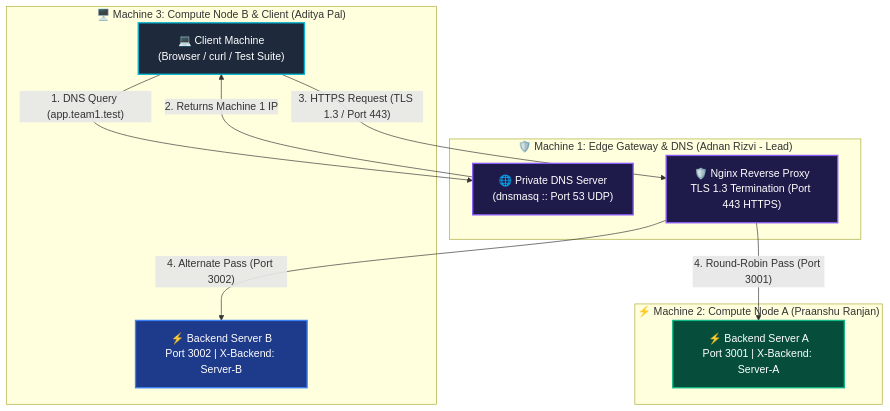
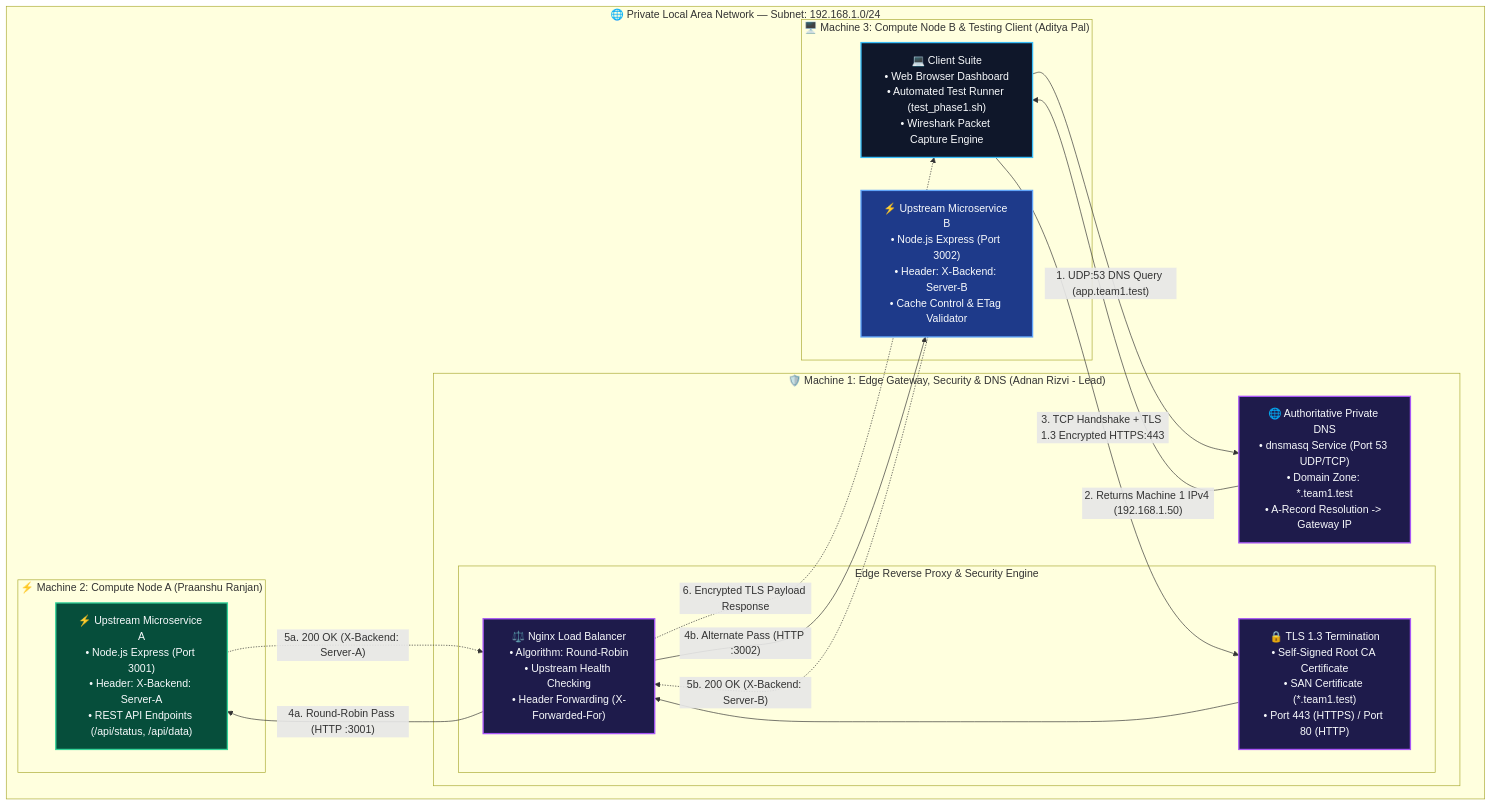
One commit to adnan275/CloudPulse changed the first of 2 diagrams in README.md. Above: the diagram before and after it, drawn with Mermaid.

Commit message:
docs: enrich and expand Network Architecture Topology diagram with subnets and component details

````diff
--- a/README.md
+++ b/README.md
@@ -15,27 +15,41 @@
 ```mermaid
 flowchart TD
-    classDef client fill:#1e293b,stroke:#06b6d4,stroke-width:2px,color:#fff
-    classDef gateway fill:#1e1b4b,stroke:#8b5cf6,stroke-width:2px,color:#fff
-    classDef backend1 fill:#064e3b,stroke:#10b981,stroke-width:2px,color:#fff
-    classDef backend2 fill:#1e3a8a,stroke:#3b82f6,stroke-width:2px,color:#fff
+    classDef clientNode fill:#0f172a,stroke:#38bdf8,stroke-width:2px,color:#f8fafc
+    classDef gatewayNode fill:#1e1b4b,stroke:#a855f7,stroke-width:2px,color:#f8fafc
+    classDef backend1Node fill:#064e3b,stroke:#34d399,stroke-width:2px,color:#f8fafc
+    classDef backend2Node fill:#1e3a8a,stroke:#60a5fa,stroke-width:2px,color:#f8fafc
+    classDef subnetBox fill:#020617,stroke:#334155,stroke-width:2px,stroke-dasharray: 5 5,color:#94a3b8
 
-    subgraph Host3 ["🖥️ Machine 3: Compute Node B & Client (Aditya Pal)"]
-        Client["💻 Client Machine<br/>(Browser / curl / Test Suite)"]:::client
-        BackendB["⚡ Backend Server B<br/>Port 3002 | X-Backend: Server-B"]:::backend2
+    subgraph LAN ["🌐 Private Local Area Network — Subnet: 192.168.1.0/24"]
+        
+        subgraph Host3 ["🖥️ Machine 3: Compute Node B & Testing Client (Aditya Pal)"]
+            Client["💻 Client Suite<br/>• Web Browser Dashboard<br/>• Automated Test Runner (test_phase1.sh)<br/>• Wireshark Packet Capture Engine"]:::clientNode
+            BackendB["⚡ Upstream Microservice B<br/>• Node.js Express (Port 3002)<br/>• Header: X-Backend: Server-B<br/>• Cache Control & ETag Validator"]:::backend2Node
+        end
+
+        subgraph Host1 ["🛡️ Machine 1: Edge Gateway, Security & DNS (Adnan Rizvi - Lead)"]
+            DNS["🌐 Authoritative Private DNS<br/>• dnsmasq Service (Port 53 UDP/TCP)<br/>• Domain Zone: *.team1.test<br/>• A-Record Resolution -> Gateway IP"]:::gatewayNode
+            
+            subgraph EdgeServices ["Edge Reverse Proxy & Security Engine"]
+                TLS["🔒 TLS 1.3 Termination<br/>• Self-Signed Root CA Certificate<br/>• SAN Certificate (*.team1.test)<br/>• Port 443 (HTTPS) / Port 80 (HTTP)"]:::gatewayNode
+                NginxLB["⚖️ Nginx Load Balancer<br/>• Algorithm: Round-Robin<br/>• Upstream Health Checking<br/>• Header Forwarding (X-Forwarded-For)"]:::gatewayNode
+            end
+        end
+
+        subgraph Host2 ["⚡ Machine 2: Compute Node A (Praanshu Ranjan)"]
+            BackendA["⚡ Upstream Microservice A<br/>• Node.js Express (Port 3001)<br/>• Header: X-Backend: Server-A<br/>• REST API Endpoints (/api/status, /api/data)"]:::backend1Node
+        end
+
     end
 
-    subgraph Host1 ["🛡️ Machine 1: Edge Gateway & DNS (Adnan Rizvi - Lead)"]
-        DNS["🌐 Private DNS Server<br/>(dnsmasq :: Port 53 UDP)"]:::gateway
-        Nginx["🛡️ Nginx Reverse Proxy<br/>TLS 1.3 Termination (Port 443 HTTPS)"]:::gateway
-    end
-
-    subgraph Host2 ["⚡ Machine 2: Compute Node A (Praanshu Ranjan)"]
-        BackendA["⚡ Backend Server A<br/>Port 3001 | X-Backend: Server-A"]:::backend1
-    end
-
-    Client -- "1. DNS Query (app.team1.test)" --> DNS
-    DNS -- "2. Returns Machine 1 IP" --> Client
-    Client -- "3. HTTPS Request (TLS 1.3 / Port 443)" --> Nginx
-    Nginx -- "4. Round-Robin Pass (Port 3001)" --> BackendA
-    Nginx -- "4. Alternate Pass (Port 3002)" --> BackendB
+    %% Network Connection Flows
+    Client -- "1. UDP:53 DNS Query (app.team1.test)" --> DNS
+    DNS -- "2. Returns Machine 1 IPv4 (192.168.1.50)" --> Client
+    Client -- "3. TCP Handshake + TLS 1.3 Encrypted HTTPS:443" --> TLS
+    TLS --> NginxLB
+    NginxLB -- "4a. Round-Robin Pass (HTTP :3001)" --> BackendA
+    NginxLB -- "4b. Alternate Pass (HTTP :3002)" --> BackendB
+    BackendA -. "5a. 200 OK (X-Backend: Server-A)" .-> NginxLB
+    BackendB -. "5b. 200 OK (X-Backend: Server-B)" .-> NginxLB
+    NginxLB -. "6. Encrypted TLS Payload Response" .-> Client
 ```
````
